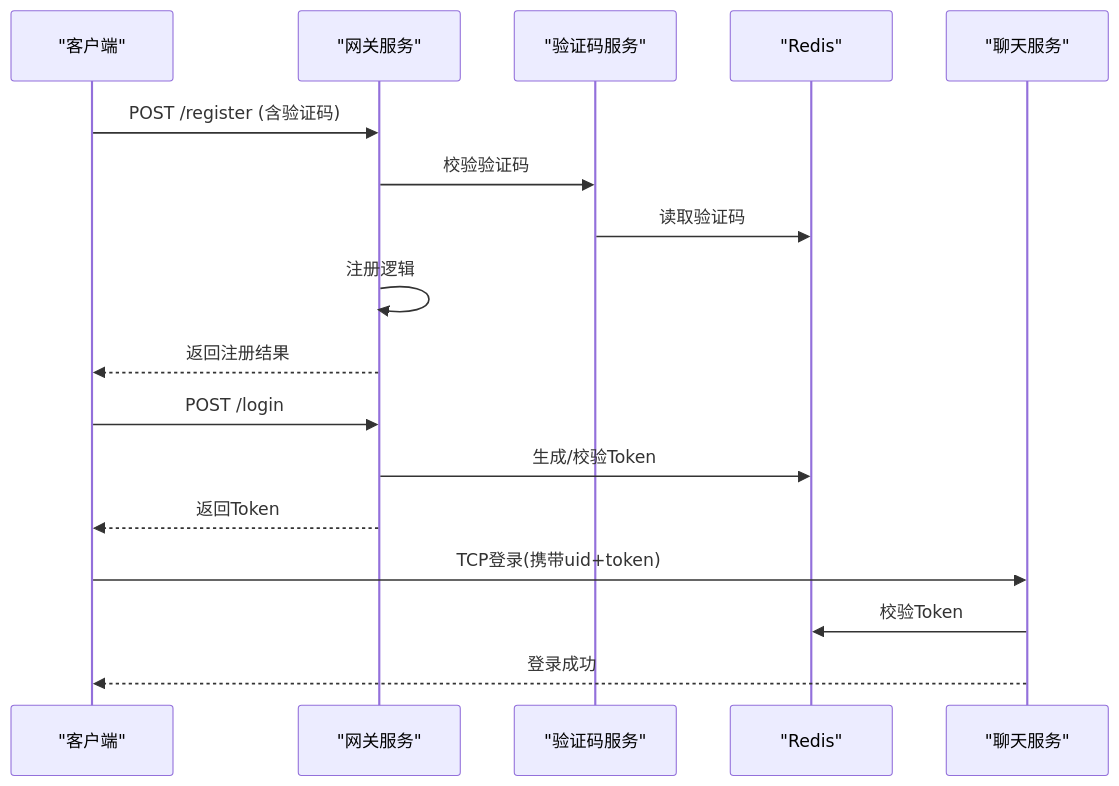
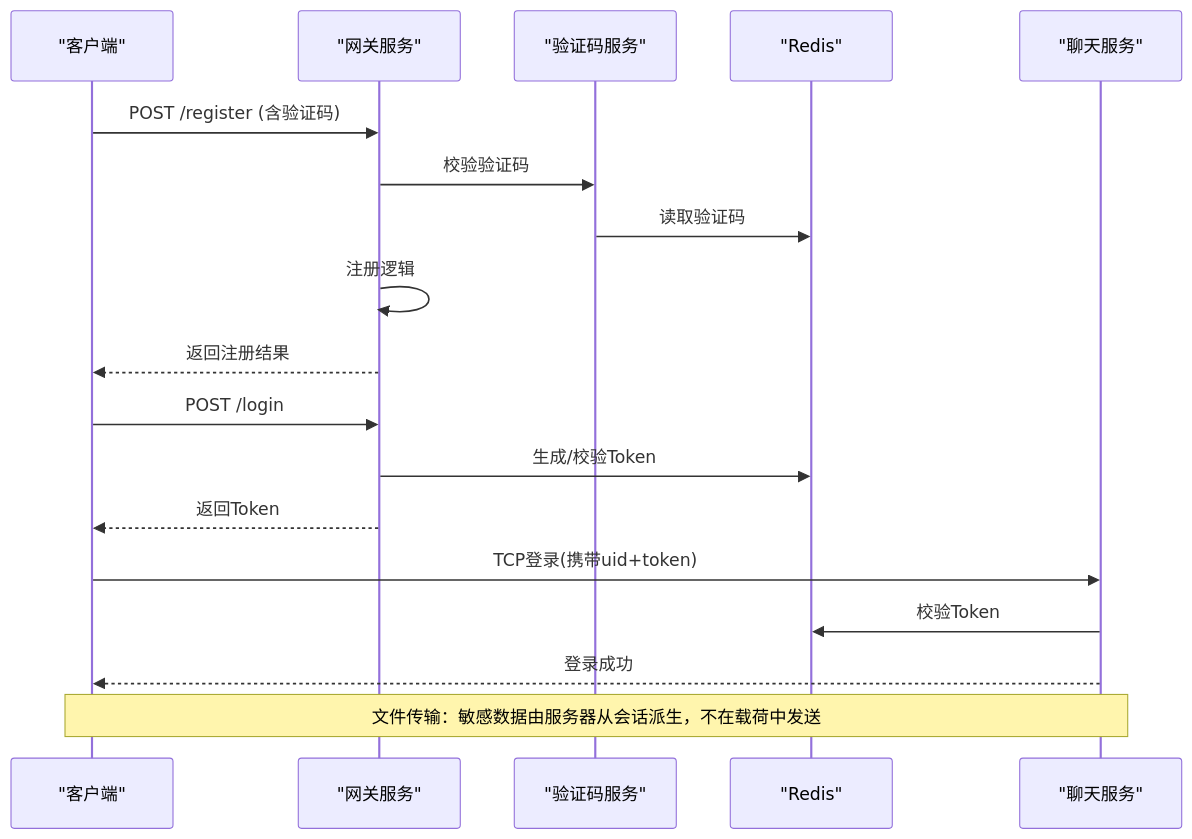
Before and after one commit to echo9923/mychatter: the fifth of 8 diagrams in .qoder/repowiki/zh/content/安全设计/数据安全保护/数据安全保护.md, drawn with Mermaid. The commit also changed other lines of this file and 107 other files, not shown here.

````diff
--- a/.qoder/repowiki/zh/content/安全设计/数据安全保护/数据安全保护.md
+++ b/.qoder/repowiki/zh/content/安全设计/数据安全保护/数据安全保护.md
@@ -206,19 +220,20 @@
 ```mermaid
 sequenceDiagram
 participant C as "客户端"
 participant G as "网关服务"
 participant V as "验证码服务"
 participant R as "Redis"
 participant S as "聊天服务"
 C->>G : POST /register (含验证码)
 G->>V : 校验验证码
 V->>R : 读取验证码
 G->>G : 注册逻辑
 G-->>C : 返回注册结果
 C->>G : POST /login
 G->>R : 生成/校验Token
 G-->>C : 返回Token
 C->>S : TCP登录(携带uid+token)
 S->>R : 校验Token
 S-->>C : 登录成功
+Note over C,S : 文件传输：敏感数据由服务器从会话派生，不在载荷中发送
 ```
````
